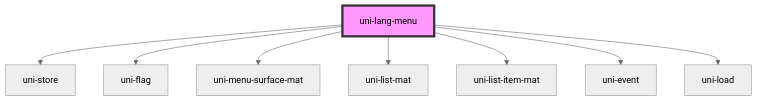
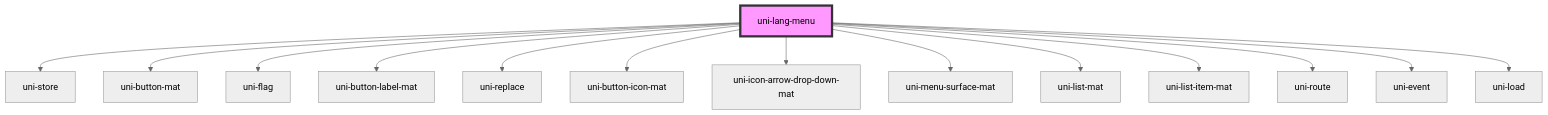
Before and after one commit to uiregex/uni-localize: the diagram in src/lang-menu/components/@main/readme.md, drawn with Mermaid (neutral theme). The commit also changed other lines of this file and 11 other files, not shown here.

````diff
--- a/src/lang-menu/components/@main/readme.md
+++ b/src/lang-menu/components/@main/readme.md
@@ -34,11 +40,17 @@
 ```mermaid
 graph TD;
   uni-lang-menu --> uni-store
+  uni-lang-menu --> uni-button-mat
   uni-lang-menu --> uni-flag
+  uni-lang-menu --> uni-button-label-mat
+  uni-lang-menu --> uni-replace
+  uni-lang-menu --> uni-button-icon-mat
+  uni-lang-menu --> uni-icon-arrow-drop-down-mat
   uni-lang-menu --> uni-menu-surface-mat
   uni-lang-menu --> uni-list-mat
   uni-lang-menu --> uni-list-item-mat
+  uni-lang-menu --> uni-route
   uni-lang-menu --> uni-event
   uni-lang-menu --> uni-load
   style uni-lang-menu fill:#f9f,stroke:#333,stroke-width:4px
 ```
````
